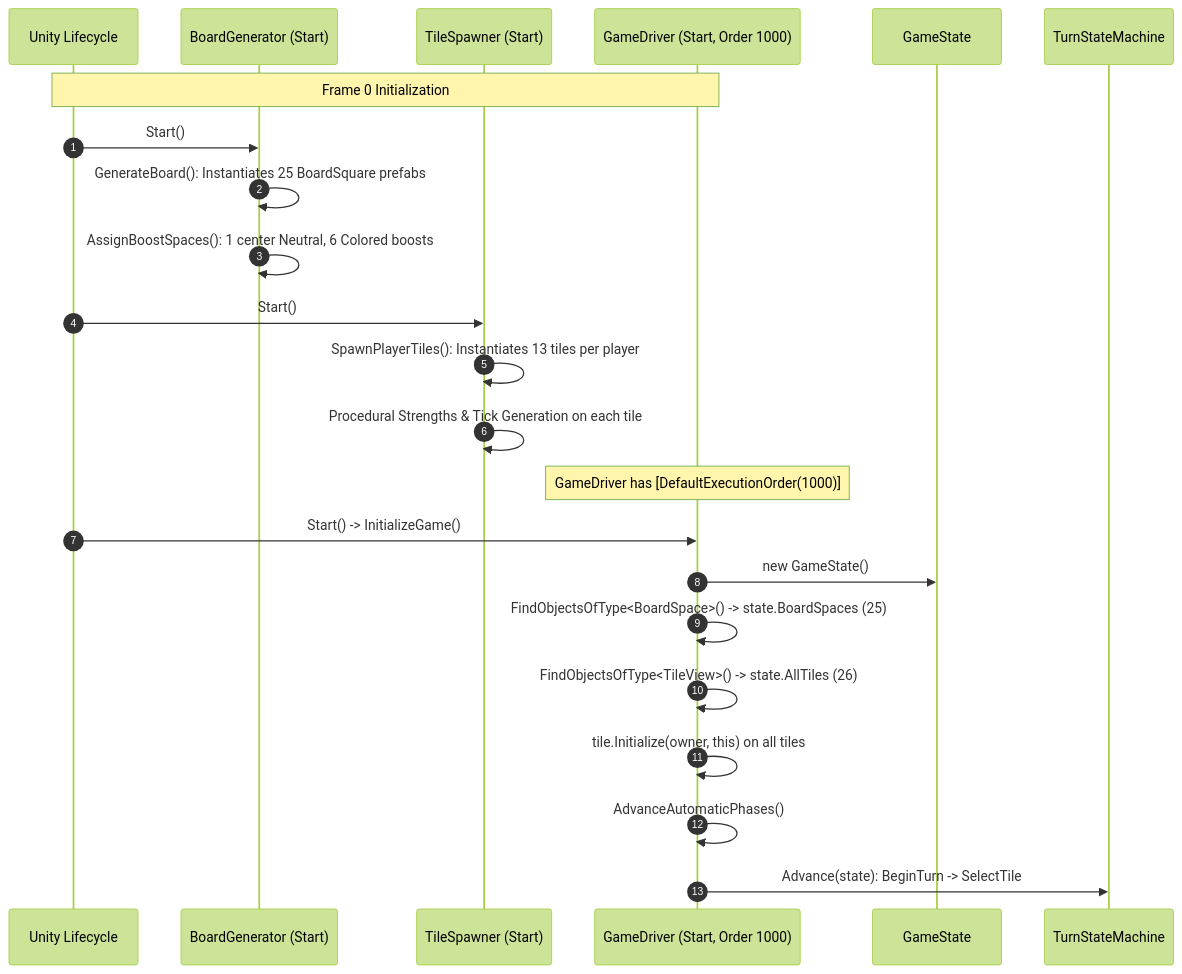
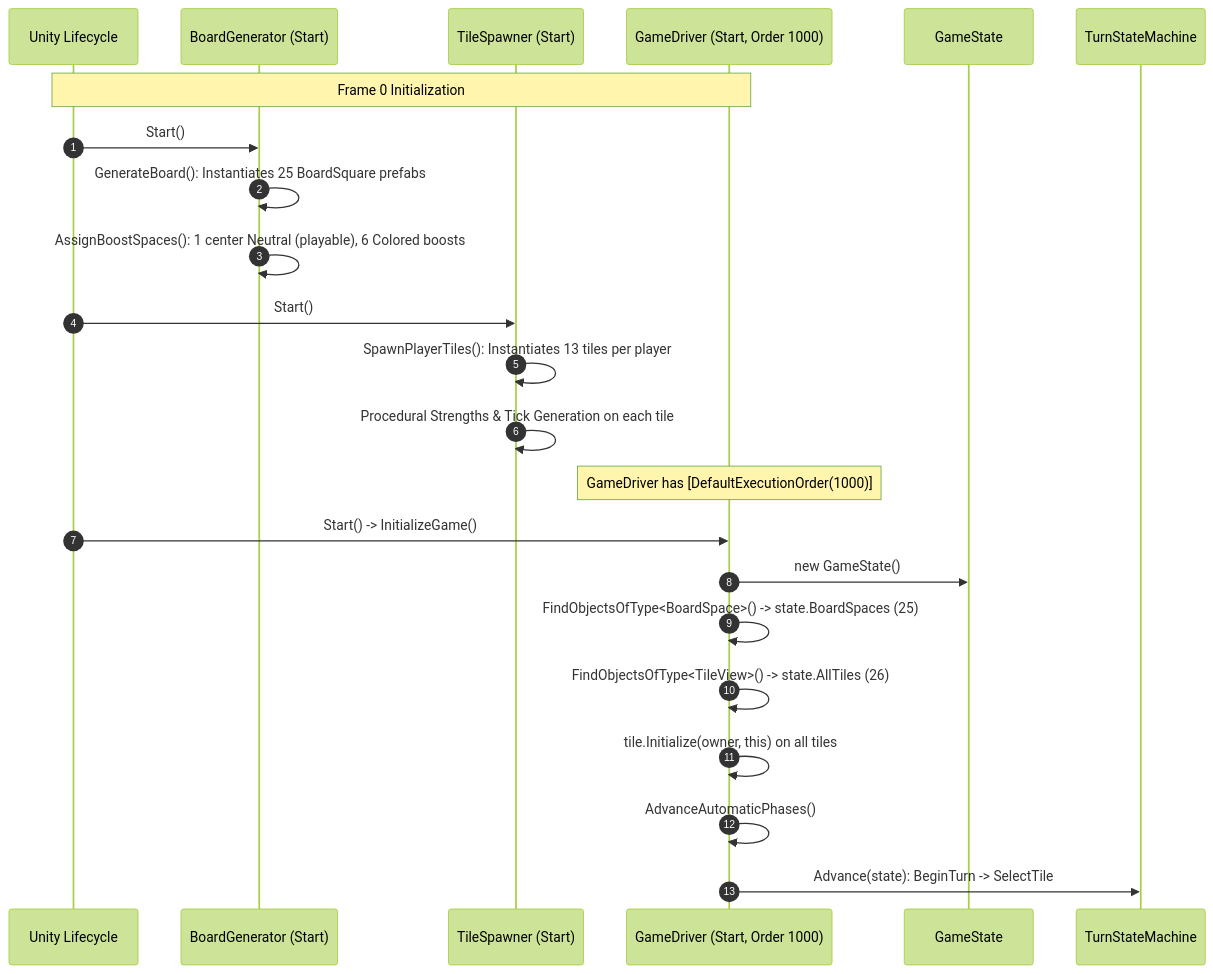
One commit to oldhame19/TacTile changed the diagram in Documentation/TECHNICAL_ARCHITECTURE.md. Above: the diagram before and after it, drawn with Mermaid (forest theme). The commit also changed other lines of this file and 2 other files, not shown here.

````diff
--- a/Documentation/TECHNICAL_ARCHITECTURE.md
+++ b/Documentation/TECHNICAL_ARCHITECTURE.md
@@ -73,28 +153,28 @@
 ```mermaid
 sequenceDiagram
     autonumber
     participant Unity as Unity Lifecycle
     participant BG as BoardGenerator (Start)
     participant TS as TileSpawner (Start)
     participant GD as GameDriver (Start, Order 1000)
     participant GS as GameState
     participant SM as TurnStateMachine
 
     Note over Unity,GD: Frame 0 Initialization
     Unity->>BG: Start()
     BG->>BG: GenerateBoard(): Instantiates 25 BoardSquare prefabs
-    BG->>BG: AssignBoostSpaces(): 1 center Neutral, 6 Colored boosts
+    BG->>BG: AssignBoostSpaces(): 1 center Neutral (playable), 6 Colored boosts
 
     Unity->>TS: Start()
     TS->>TS: SpawnPlayerTiles(): Instantiates 13 tiles per player
     TS->>TS: Procedural Strengths & Tick Generation on each tile
 
     Note over GD: GameDriver has [DefaultExecutionOrder(1000)]
     Unity->>GD: Start() -> InitializeGame()
     GD->>GS: new GameState()
     GD->>GD: FindObjectsOfType<BoardSpace>() -> state.BoardSpaces (25)
     GD->>GD: FindObjectsOfType<TileView>() -> state.AllTiles (26)
     GD->>GD: tile.Initialize(owner, this) on all tiles
     GD->>GD: AdvanceAutomaticPhases()
     GD->>SM: Advance(state): BeginTurn -> SelectTile
 ```
````
